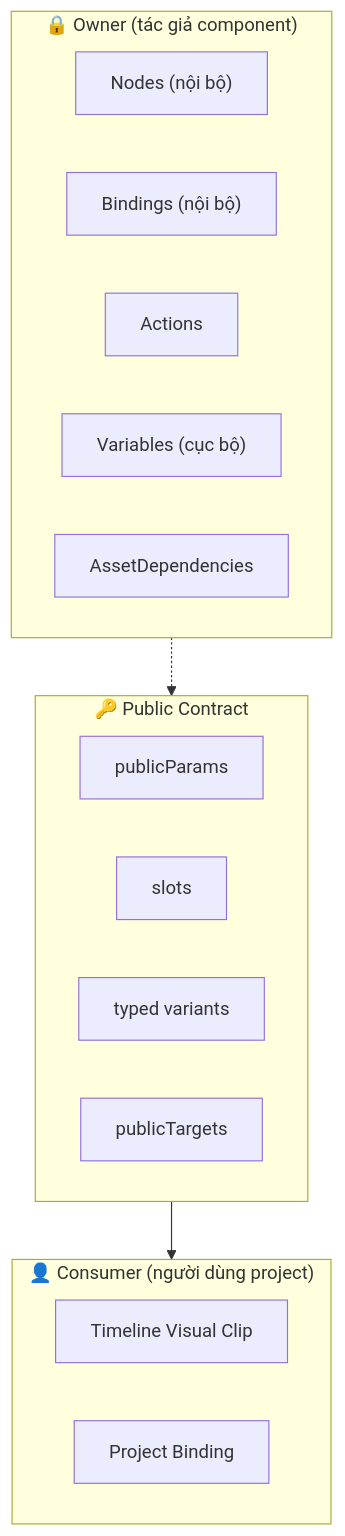
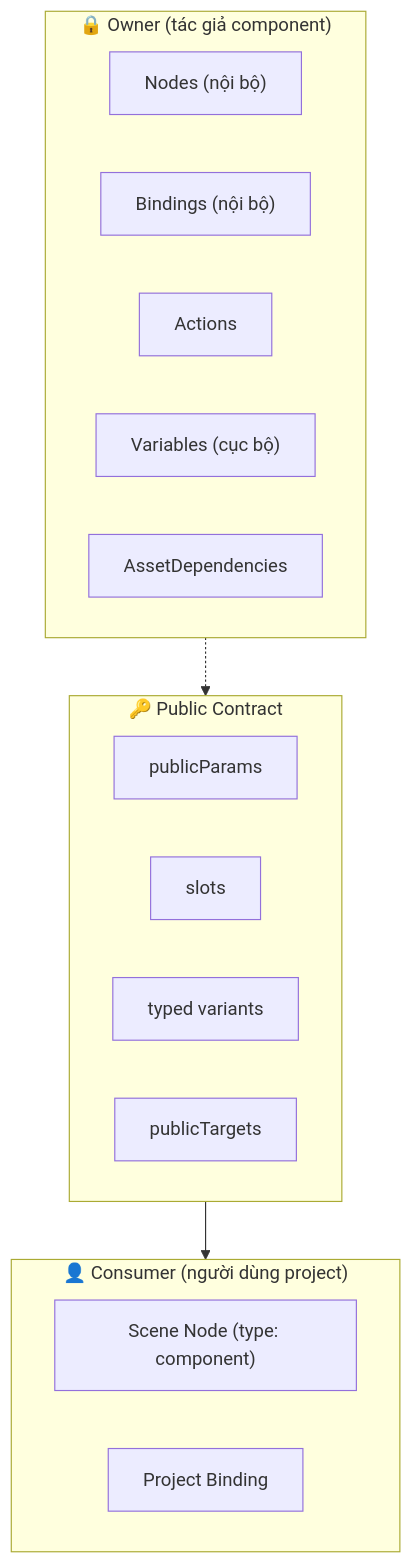
Before and after one commit to mankhb2k/neonix-native: the first of 3 diagrams in docs/guide/v3-component-guide.md, drawn with Mermaid. The commit also changed other lines of this file and 22 other files, not shown here.

First line of the commit message:
feat(protocol): scene-only timeline + component-as-node layer refactor

````diff
--- a/docs/guide/v3-component-guide.md
+++ b/docs/guide/v3-component-guide.md
@@ -12,25 +12,25 @@
 ```mermaid
 flowchart TB
     subgraph Owner["🔒 Owner (tác giả component)"]
         nodes["Nodes (nội bộ)"]
         bindings["Bindings (nội bộ)"]
         actions["Actions"]
         vars["Variables (cục bộ)"]
         assets["AssetDependencies"]
     end
 
     subgraph Contract["🔑 Public Contract"]
         params["publicParams"]
         slots["slots"]
         variants["typed variants"]
         targets["publicTargets"]
     end
 
     subgraph Consumer["👤 Consumer (người dùng project)"]
-        timeline["Timeline Visual Clip"]
+        node["Scene Node (type: component)"]
         binding["Project Binding"]
     end
 
     Contract --> Consumer
     Owner -.-> Contract
 ```
````
